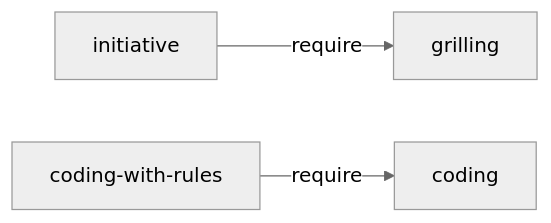
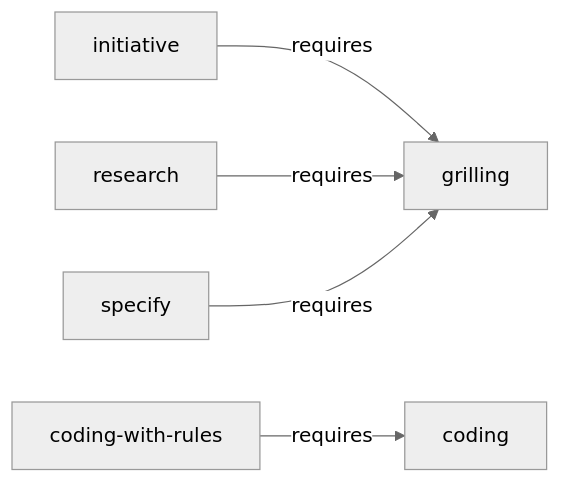
Before and after one commit to dragoscirjan/ai: the second of 2 diagrams in README.md, drawn with Mermaid (neutral theme). The commit also changed other lines of this file and 31 other files, not shown here.

````diff
--- a/README.md
+++ b/README.md
@@ -81,5 +100,7 @@
 ```mermaid
 flowchart LR
-    I["initiative"] -->|require| G["grilling"]
-    W["coding-with-rules"] -->|require| C["coding"]
+    I["initiative"] -->|requires| G["grilling"]
+    R["research"] -->|requires| G
+    S["specify"] -->|requires| G
+    W["coding-with-rules"] -->|requires| C["coding"]
 ```
````
